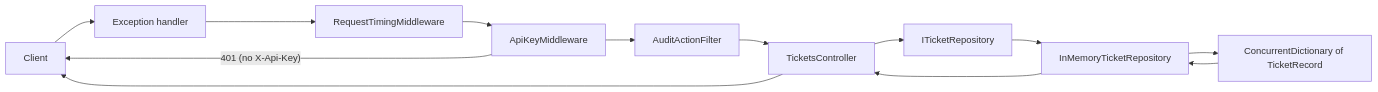
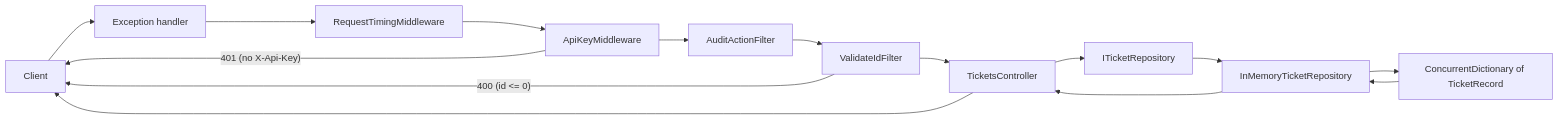
The diagram in HelpDesk.Api/README.md (sanbrasp/advancedbackendprogramming), drawn with Mermaid before and after one commit. The commit also changed other lines of this file, not shown here.

````diff
--- a/HelpDesk.Api/README.md
+++ b/HelpDesk.Api/README.md
@@ -92,15 +92,17 @@
 ```mermaid
 flowchart LR
   C[Client] --> E[Exception handler]
   E --> R[RequestTimingMiddleware]
   R --> K[ApiKeyMiddleware]
   K -- "401 (no X-Api-Key)" --> C
   K --> F[AuditActionFilter]
-  F --> T[TicketsController]
+  F --> V[ValidateIdFilter]
+  V -- "400 (id <= 0)" --> C
+  V --> T[TicketsController]
   T --> I[ITicketRepository]
   I --> M[InMemoryTicketRepository]
   M --> D[ConcurrentDictionary of TicketRecord]
   D --> M
   M --> T
   T --> C
 ```
````
